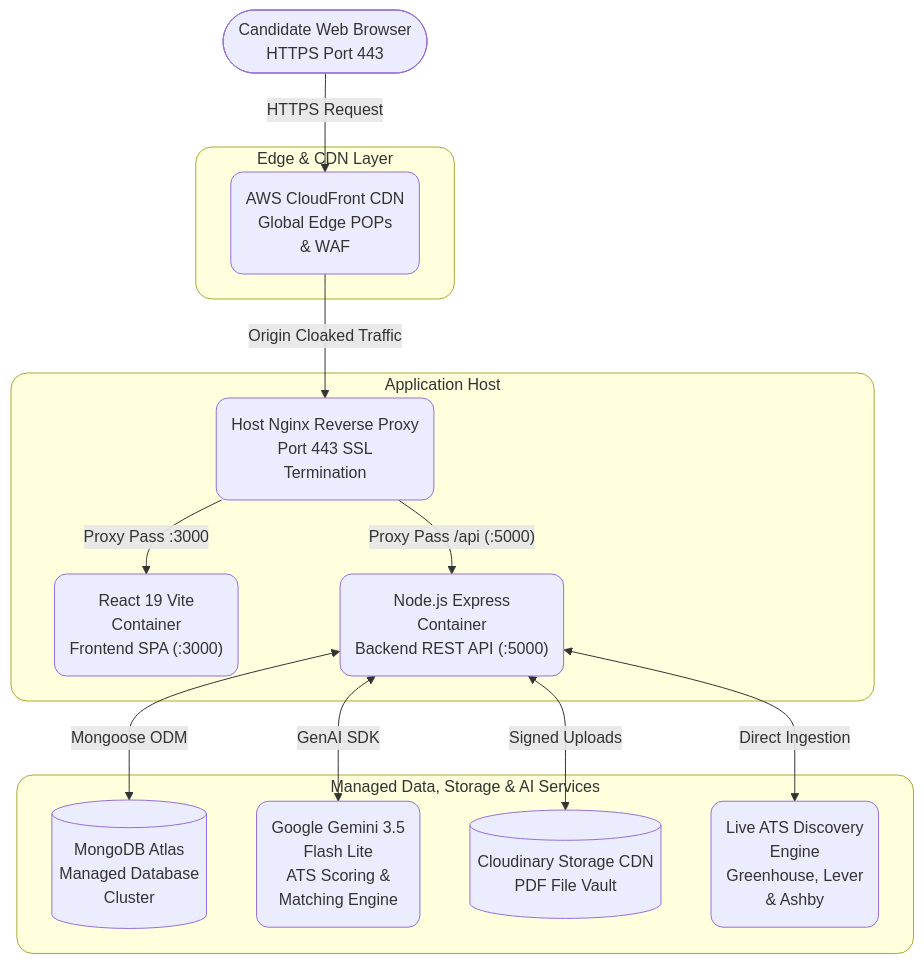
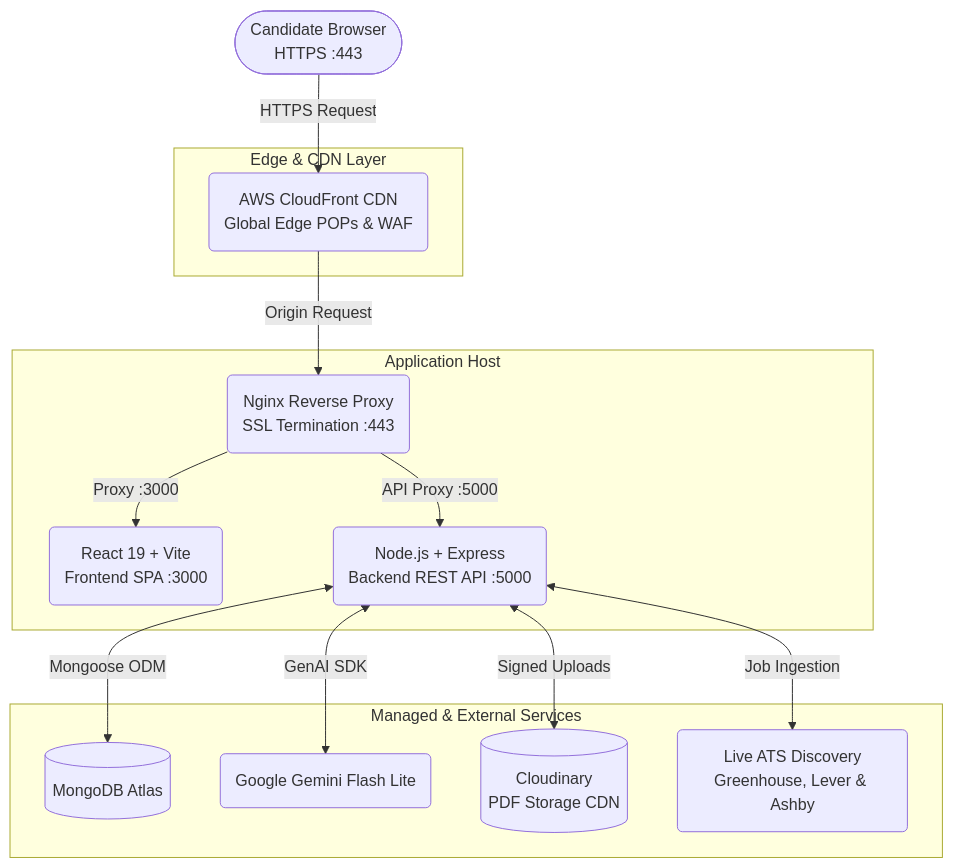
Before and after one commit to TusharSaini999/Resume-Saathi: the first of 2 diagrams in README.md, drawn with Mermaid.

````diff
--- a/README.md
+++ b/README.md
@@ -20,37 +20,32 @@
 ```mermaid
+
 flowchart TD
-  User(["Candidate Web Browser<br/>HTTPS Port 443"])
+    User(["Candidate Browser<br/>HTTPS :443"])
 
-  subgraph Edge["Edge & CDN Layer"]
-    CF("AWS CloudFront CDN<br/>Global Edge POPs<br/>& WAF")
-  end
+    subgraph Edge["Edge & CDN Layer"]
+        CF("AWS CloudFront CDN<br/>Global Edge POPs & WAF")
+    end
 
-  subgraph Host["Application Host"]
-    Nginx("Host Nginx Reverse Proxy<br/>Port 443 SSL<br/>Termination")
-    FE("React 19 Vite<br/>Container<br/>Frontend SPA (:3000)")
-    BE("Node.js Express<br/>Container<br/>Backend REST API (:5000)")
-  end
+    subgraph Host["Application Host"]
+        Nginx("Nginx Reverse Proxy<br/>SSL Termination :443")
+        FE("React 19 + Vite<br/>Frontend SPA :3000")
+        BE("Node.js + Express<br/>Backend REST API :5000")
+    end
 
-  subgraph Services["Managed Data, Storage & AI Services"]
-    DB[("MongoDB Atlas<br/>Managed Database<br/>Cluster")]
-    AI("Google Gemini 3.5<br/>Flash Lite<br/>ATS Scoring &<br/>Matching Engine")
-    Cloudinary[("Cloudinary Storage CDN<br/>PDF File Vault")]
-    ATS("Live ATS Discovery<br/>Engine<br/>Greenhouse, Lever<br/>& Ashby")
-  end
+    subgraph Services["Managed & External Services"]
+        DB[("MongoDB Atlas")]
+        AI("Google Gemini Flash Lite")
+        Cloudinary[("Cloudinary<br/>PDF Storage CDN")]
+        ATS("Live ATS Discovery<br/>Greenhouse, Lever & Ashby")
+    end
 
-  User -->|"HTTPS Request"| CF
-  CF -->|"Origin Cloaked Traffic"| Nginx
-  Nginx -->|"Proxy Pass :3000"| FE
-  Nginx -->|"Proxy Pass /api (:5000)"| BE
-  BE <-->|"Mongoose ODM"| DB
-  BE <-->|"GenAI SDK"| AI
-  BE <-->|"Signed Uploads"| Cloudinary
-  BE <-->|"Direct Ingestion"| ATS
+    User -->|"HTTPS Request"| CF
+    CF -->|"Origin Request"| Nginx
+    Nginx -->|"Proxy :3000"| FE
+    Nginx -->|"API Proxy :5000"| BE
 
-  classDef roundedBox rx:12px,ry:12px
-  class CF,Nginx,FE,BE,AI,ATS roundedBox
-
-  style Edge rx:16px,ry:16px
-  style Host rx:16px,ry:16px
-  style Services rx:16px,ry:16px
+    BE <-->|"Mongoose ODM"| DB
+    BE <-->|"GenAI SDK"| AI
+    BE <-->|"Signed Uploads"| Cloudinary
+    BE <-->|"Job Ingestion"| ATS
 ```
````
